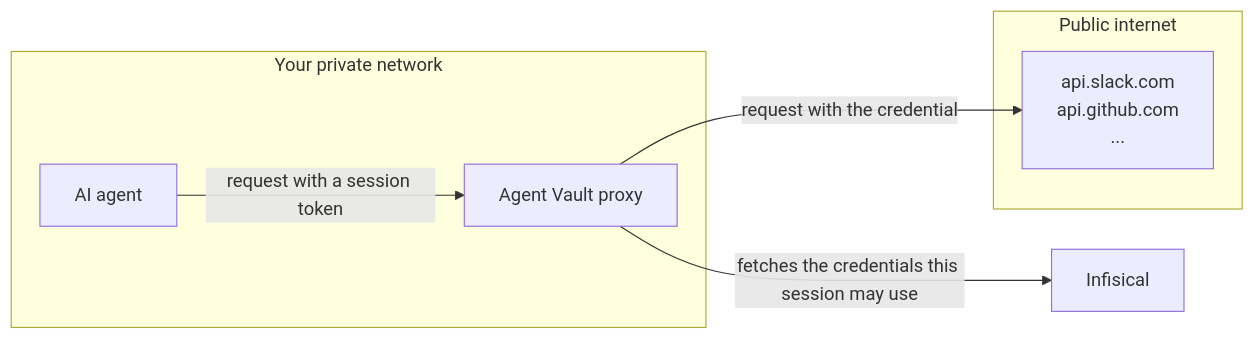
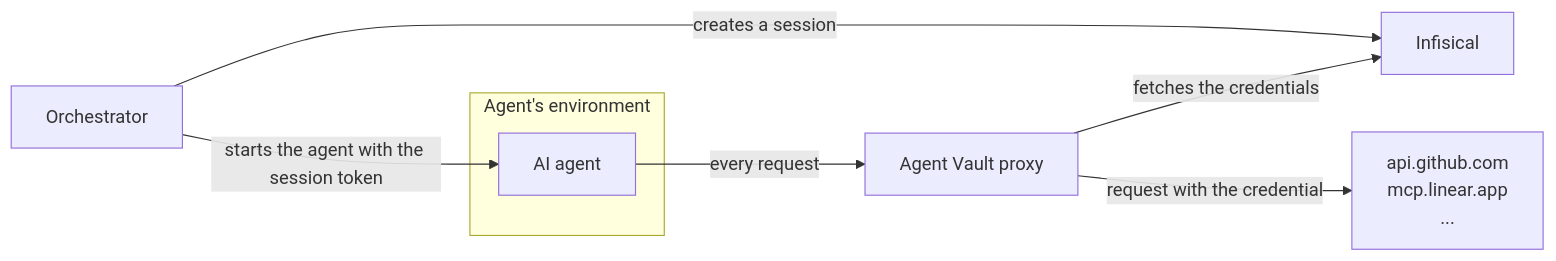
One commit to Infisical/infisical changed the first of 6 diagrams in docs/documentation/platform/agent-vault/how-it-works.mdx. Above: the diagram before and after it, drawn with Mermaid. The commit also changed other lines of this file and 11 other files, not shown here.

First line of the commit message:
docs(agent-vault): positioning overhaul (#9065)

````diff
--- a/docs/documentation/platform/agent-vault/how-it-works.mdx
+++ b/docs/documentation/platform/agent-vault/how-it-works.mdx
@@ -9,14 +17,15 @@
 ```mermaid
 flowchart LR
-  subgraph private["Your private network"]
+  orchestrator["Orchestrator"]
+  subgraph env["Agent's environment"]
     agent["AI agent"]
-    proxy["Agent Vault proxy"]
   end
-  subgraph internet["Public internet"]
-    apis["api.slack.com<br/>api.github.com<br/>..."]
-  end
+  proxy["Agent Vault proxy"]
   infisical["Infisical"]
-  agent -->|"request with a session token"| proxy
+  apis["api.github.com<br/>mcp.linear.app<br/>..."]
+  orchestrator -->|"creates a session"| infisical
+  orchestrator -->|"starts the agent with the session token"| agent
+  agent -->|"every request"| proxy
   proxy -->|"request with the credential"| apis
-  proxy -->|"fetches the credentials this session may use"| infisical
+  proxy -->|"fetches the credentials"| infisical
 ```
````
